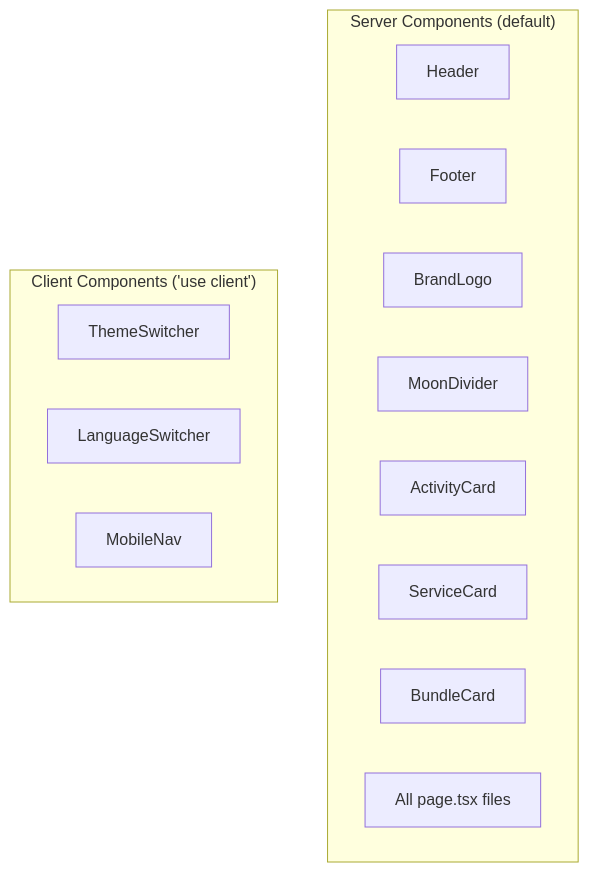
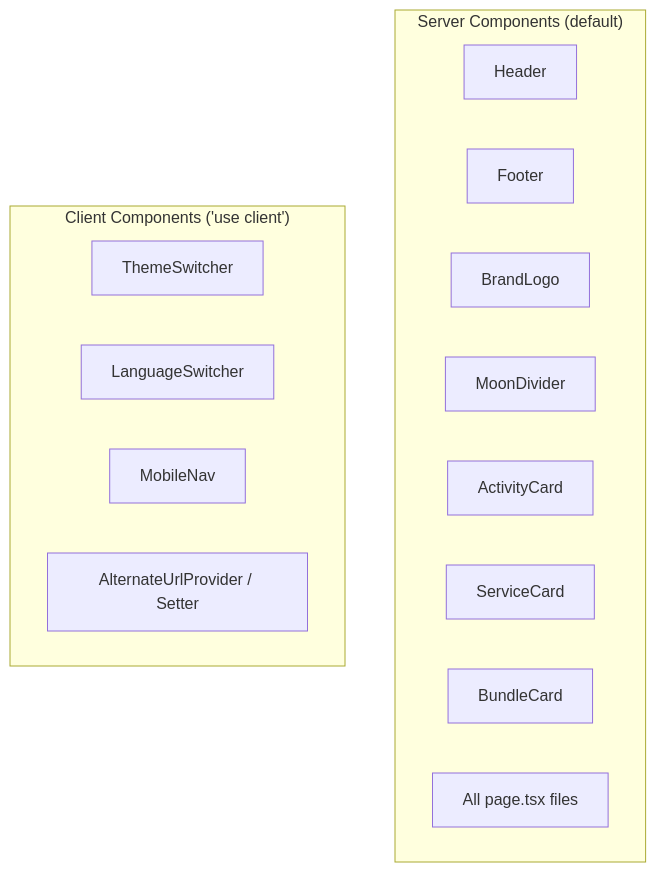
The fifth of 5 diagrams in docs/ui-ux-architecture.md (jeffdanielperso/sony-frontend), drawn with Mermaid before and after one commit. The commit also changed other lines of this file and 33 other files, not shown here.

````diff
--- a/docs/ui-ux-architecture.md
+++ b/docs/ui-ux-architecture.md
@@ -480,19 +507,20 @@
 ```mermaid
 graph TD
     subgraph "Server Components (default)"
         Header
         Footer
         BrandLogo
         MoonDivider
         ActivityCard
         ServiceCard
         BundleCard
         Pages["All page.tsx files"]
     end
 
     subgraph "Client Components ('use client')"
         ThemeSwitcher
         LanguageSwitcher
         MobileNav
+        AlternateUrlContext["AlternateUrlProvider / Setter"]
     end
 ```
````
